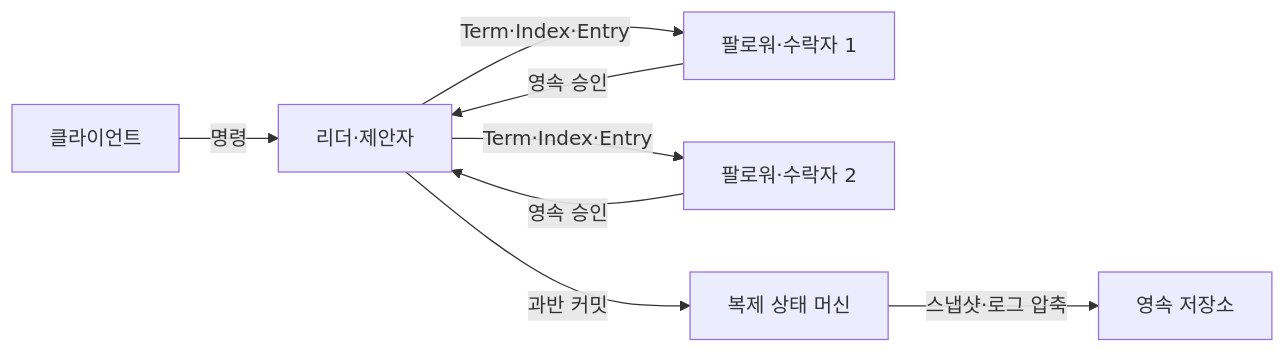
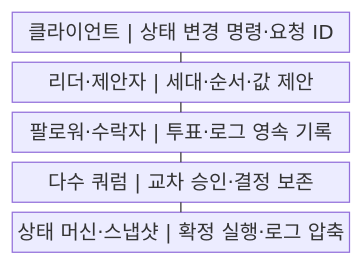
The first of 2 diagrams in src/content/docs/notes/03-software/177_distributed_consensus_raft_paxos.md (agnusdei1207/knowledge-base), drawn with Mermaid before and after one commit. The commit also changed other lines of this file and 20 other files, not shown here.

````diff
--- a/src/content/docs/notes/03-software/177_distributed_consensus_raft_paxos.md
+++ b/src/content/docs/notes/03-software/177_distributed_consensus_raft_paxos.md
@@ -61,10 +55,13 @@
 ```mermaid
-flowchart LR
-    C["클라이언트"] -->|"명령"| L["리더·제안자"]
-    L -->|"Term·Index·Entry"| F1["팔로워·수락자 1"]
-    L -->|"Term·Index·Entry"| F2["팔로워·수락자 2"]
-    F1 -->|"영속 승인"| L
-    F2 -->|"영속 승인"| L
-    L -->|"과반 커밋"| S["복제 상태 머신"]
-    S -->|"스냅샷·로그 압축"| P["영속 저장소"]
+block
+    columns 1
+    A["클라이언트 | 상태 변경 명령·요청 ID"]
+    B["리더·제안자 | 세대·순서·값 제안"]
+    C["팔로워·수락자 | 투표·로그 영속 기록"]
+    D["다수 쿼럼 | 교차 승인·결정 보존"]
+    E["상태 머신·스냅샷 | 확정 실행·로그 압축"]
+    A --- B
+    B --- C
+    C --- D
+    D --- E
 ```
````
